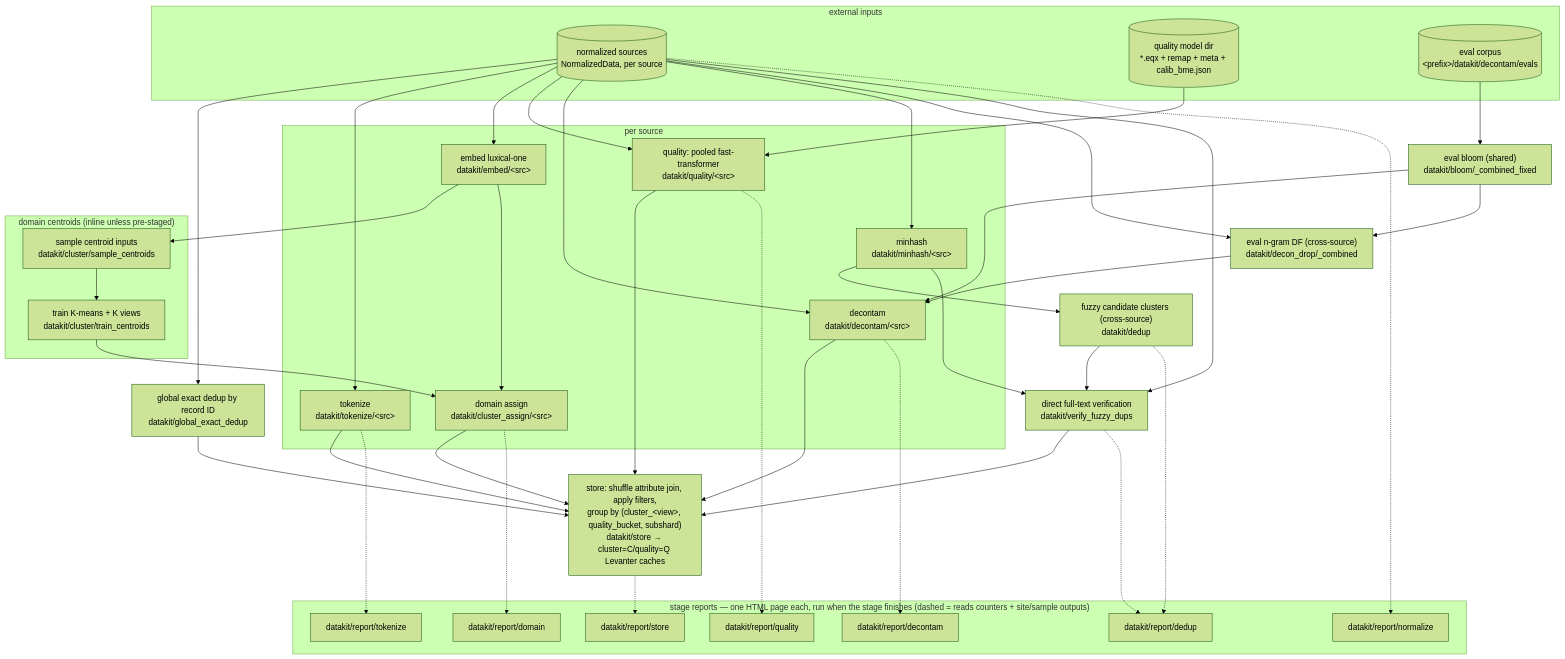
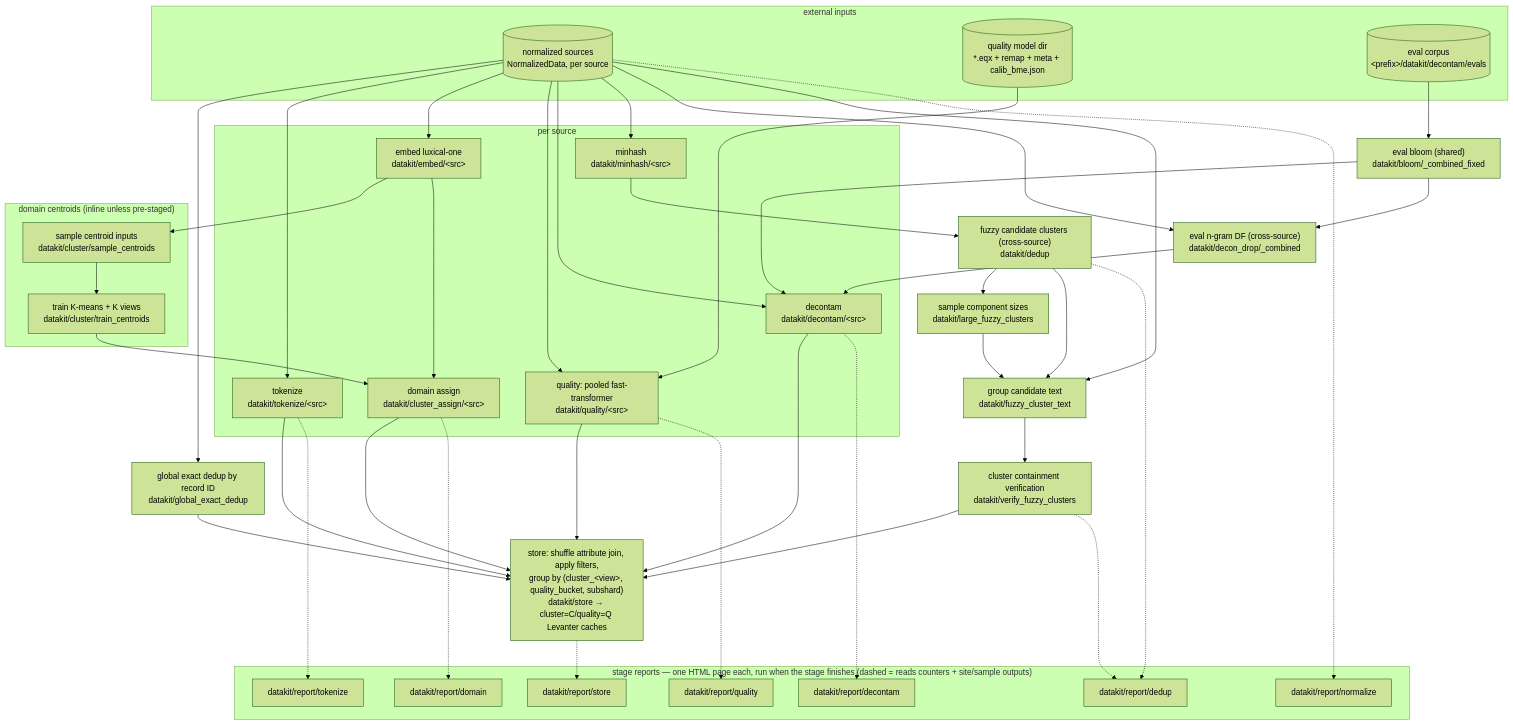
One commit to marin-community/marin changed the diagram in experiments/datakit/README.md. Above: the diagram before and after it, drawn with Mermaid (forest theme). The commit also changed other lines of this file and 11 other files, not shown here.

First line of the commit message:
[datakit] Verify materialized fuzzy clusters

````diff
--- a/experiments/datakit/README.md
+++ b/experiments/datakit/README.md
@@ -74,71 +93,74 @@
 ```mermaid
 flowchart TD
     subgraph inputs["external inputs"]
         SRC[("normalized sources<br/>NormalizedData, per source")]
         MODEL[("quality model dir<br/>*.eqx + remap + meta + calib_bme.json")]
         EVALS[("eval corpus<br/>&lt;prefix&gt;/datakit/decontam/evals")]
     end
 
     subgraph per_source["per source"]
         TOK["tokenize<br/>datakit/tokenize/&lt;src&gt;"]
         EMB["embed luxical-one<br/>datakit/embed/&lt;src&gt;"]
         ASG["domain assign<br/>datakit/cluster_assign/&lt;src&gt;"]
         QUAL["quality: pooled fast-transformer<br/>datakit/quality/&lt;src&gt;"]
         DECON["decontam<br/>datakit/decontam/&lt;src&gt;"]
         MH["minhash<br/>datakit/minhash/&lt;src&gt;"]
     end
 
     subgraph domain_model["domain centroids (inline unless pre-staged)"]
         SAMP["sample centroid inputs<br/>datakit/cluster/sample_centroids"]
         KM["train K-means + K views<br/>datakit/cluster/train_centroids"]
     end
 
     BLOOM["eval bloom (shared)<br/>datakit/bloom/_combined_fixed"]
     DF["eval n-gram DF (cross-source)<br/>datakit/decon_drop/_combined"]
     EXACT["global exact dedup by record ID<br/>datakit/global_exact_dedup"]
     DEDUP["fuzzy candidate clusters (cross-source)<br/>datakit/dedup"]
-    VERIFY["direct full-text verification<br/>datakit/verify_fuzzy_dups"]
+    PLAN["sample component sizes<br/>datakit/large_fuzzy_clusters"]
+    TEXT["group candidate text<br/>datakit/fuzzy_cluster_text"]
+    VERIFY["cluster containment verification<br/>datakit/verify_fuzzy_clusters"]
     STORE["store: shuffle attribute join, apply filters,<br/>group by (cluster_&lt;view&gt;, quality_bucket, subshard)<br/>datakit/store → cluster=C/quality=Q Levanter caches"]
 
     SRC --> EXACT
     SRC --> TOK
     SRC --> EMB
     SRC --> QUAL
     SRC --> DECON
     SRC --> MH
     MODEL --> QUAL
     EVALS --> BLOOM --> DF --> DECON
     SRC --> DF
     BLOOM --> DECON
     EMB --> SAMP --> KM --> ASG
     EMB --> ASG
     MH --> DEDUP
-    MH --> VERIFY
-    SRC --> VERIFY
-    DEDUP --> VERIFY
+    DEDUP --> PLAN --> TEXT
+    SRC --> TEXT
+    DEDUP --> TEXT
+    TEXT --> VERIFY
     TOK --> STORE
     ASG --> STORE
     QUAL --> STORE
     DECON --> STORE
     EXACT --> STORE
     VERIFY --> STORE
 
     subgraph reports["stage reports — one HTML page each, run when the stage finishes (dashed = reads counters + site/sample outputs)"]
         RN["datakit/report/normalize"]
         RT["datakit/report/tokenize"]
         RQ["datakit/report/quality"]
         RD["datakit/report/domain"]
         RC["datakit/report/decontam"]
         RU["datakit/report/dedup"]
         RS["datakit/report/store"]
     end
 
     SRC -.-> RN
     TOK -.-> RT
     QUAL -.-> RQ
     ASG -.-> RD
     DECON -.-> RC
     DEDUP -.-> RU
     VERIFY -.-> RU
     STORE -.-> RS
 ```
````
